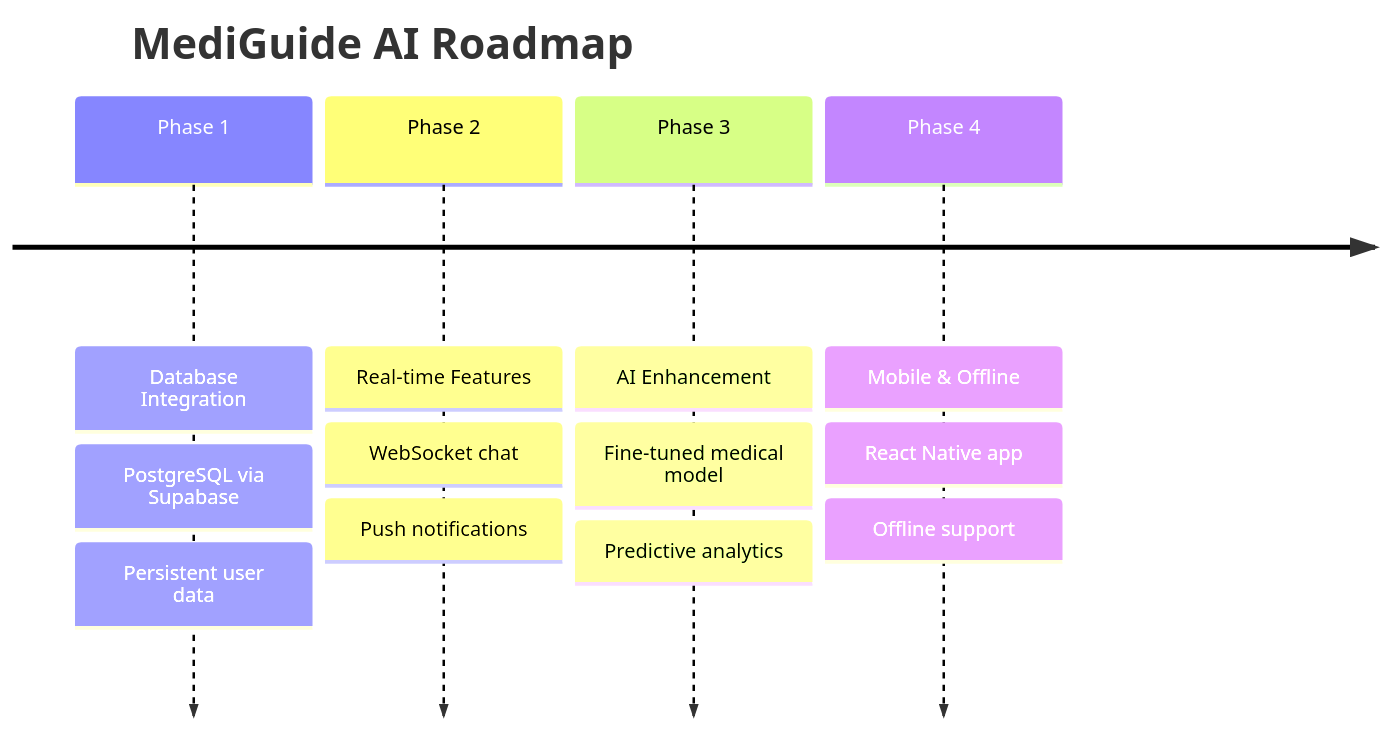
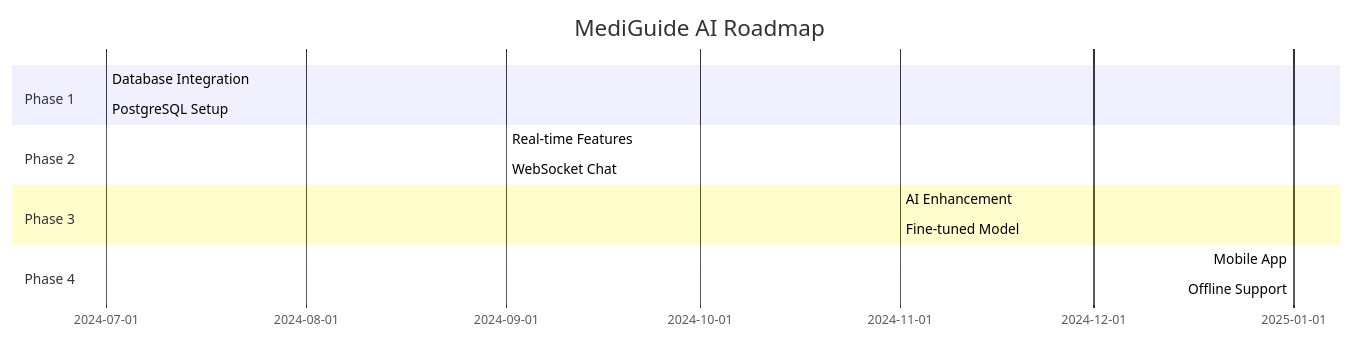
Before and after one commit to muhammaddseemab-dot/mediguide-ai: the tenth of 10 diagrams in Architecture.md, drawn with Mermaid. The commit also changed other lines of this file, not shown here.

````diff
--- a/Architecture.md
+++ b/Architecture.md
@@ -392,16 +392,17 @@
 ```mermaid
-timeline
+gantt
     title MediGuide AI Roadmap
-    Phase 1 : Database Integration
-             : PostgreSQL via Supabase
-             : Persistent user data
-    Phase 2 : Real-time Features
-             : WebSocket chat
-             : Push notifications
-    Phase 3 : AI Enhancement
-             : Fine-tuned medical model
-             : Predictive analytics
-    Phase 4 : Mobile & Offline
-             : React Native app
-             : Offline support
+    dateFormat  YYYY-MM
+    section Phase 1
+    Database Integration     :2024-07, 2m
+    PostgreSQL Setup         :2024-07, 1m
+    section Phase 2
+    Real-time Features       :2024-09, 2m
+    WebSocket Chat           :2024-09, 1m
+    section Phase 3
+    AI Enhancement           :2024-11, 2m
+    Fine-tuned Model         :2024-11, 1m
+    section Phase 4
+    Mobile App               :2025-01, 2m
+    Offline Support          :2025-01, 1m
 ```
````
